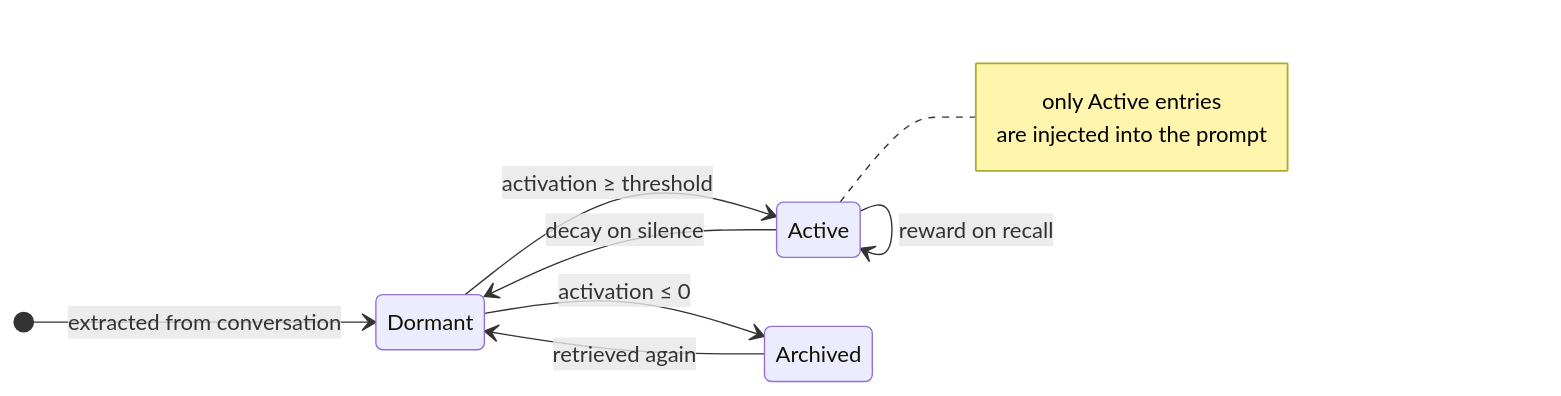
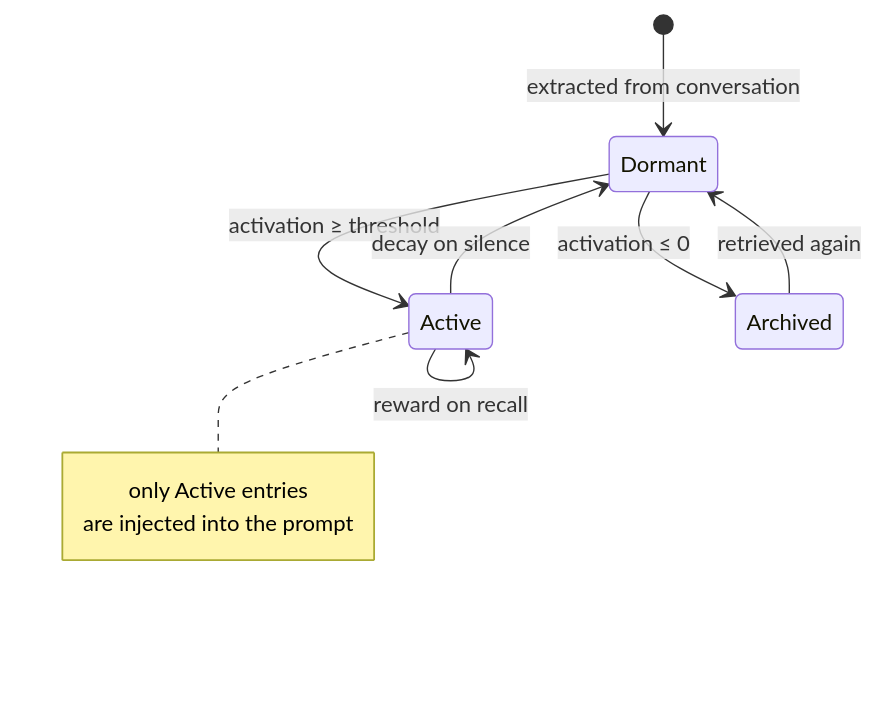
Before and after one commit to clark970417-eng/Cyrene-Agent: the third of 4 diagrams in README.md, drawn with Mermaid. The commit also changed other lines of this file, not shown here.

First line of the commit message:
docs: tighten the graph and state-diagram layouts

````diff
--- a/README.md
+++ b/README.md
@@ -208,14 +208,13 @@
 ```mermaid
 stateDiagram-v2
-    direction LR
     [*] --> Dormant: extracted from conversation
     Dormant --> Active: activation ≥ threshold
     Active --> Dormant: decay on silence
     Dormant --> Archived: activation ≤ 0
     Archived --> Dormant: retrieved again
     Active --> Active: reward on recall
     note right of Active
         only Active entries
         are injected into the prompt
     end note
 ```
````
